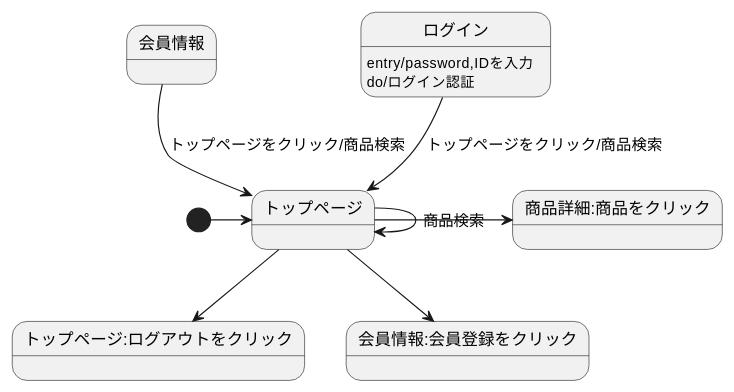
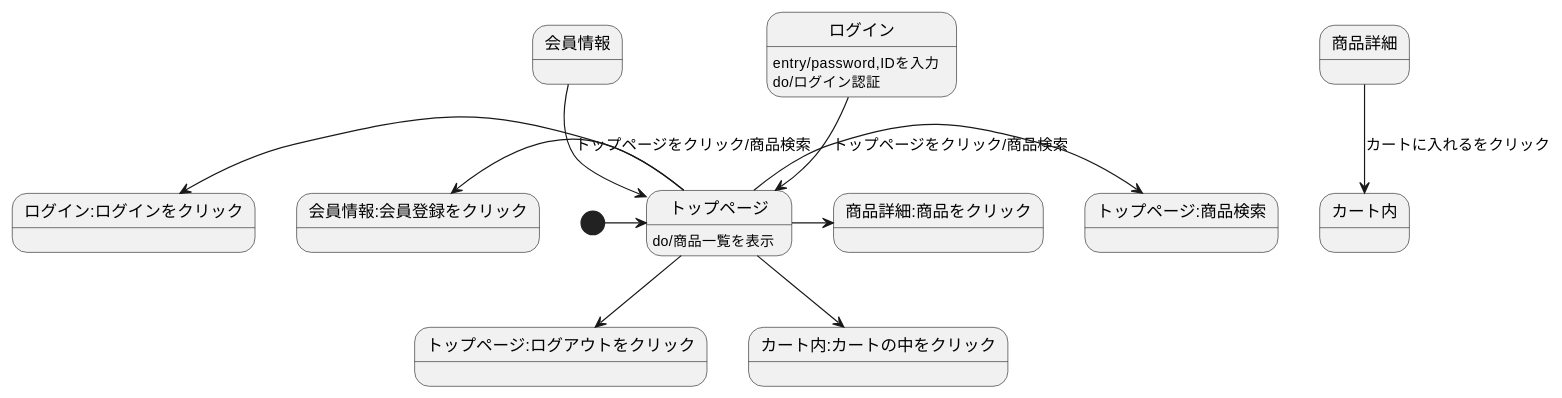
One commit to Aso2001388/2021sys-design changed the diagram in stm01.md. Above: the diagram before and after it, drawn with PlantUML.

````diff
--- a/stm01.md
+++ b/stm01.md
@@ -1,14 +1,17 @@
 ```uml
 @startuml
 [*]->トップページ
 会員情報-->トップページ:トップページをクリック/商品検索
 ログイン-->トップページ:トップページをクリック/商品検索
 ログイン: entry/password,IDを入力
 ログイン:do/ログイン認証
 トップページ-->トップページ:ログアウトをクリック
-トップページ->トップページ: 商品検索
+トップページ->トップページ:商品検索
 トップページ->商品詳細:商品をクリック
-トップページ-->会員情報:会員登録をクリック
-
+トップページ-left->会員情報:会員登録をクリック
+トップページ-left->ログイン:ログインをクリック
+トップページ-->カート内:カートの中をクリック
+トップページ:do/商品一覧を表示
+商品詳細-->カート内: カートに入れるをクリック
 @enduml
 ```
````
